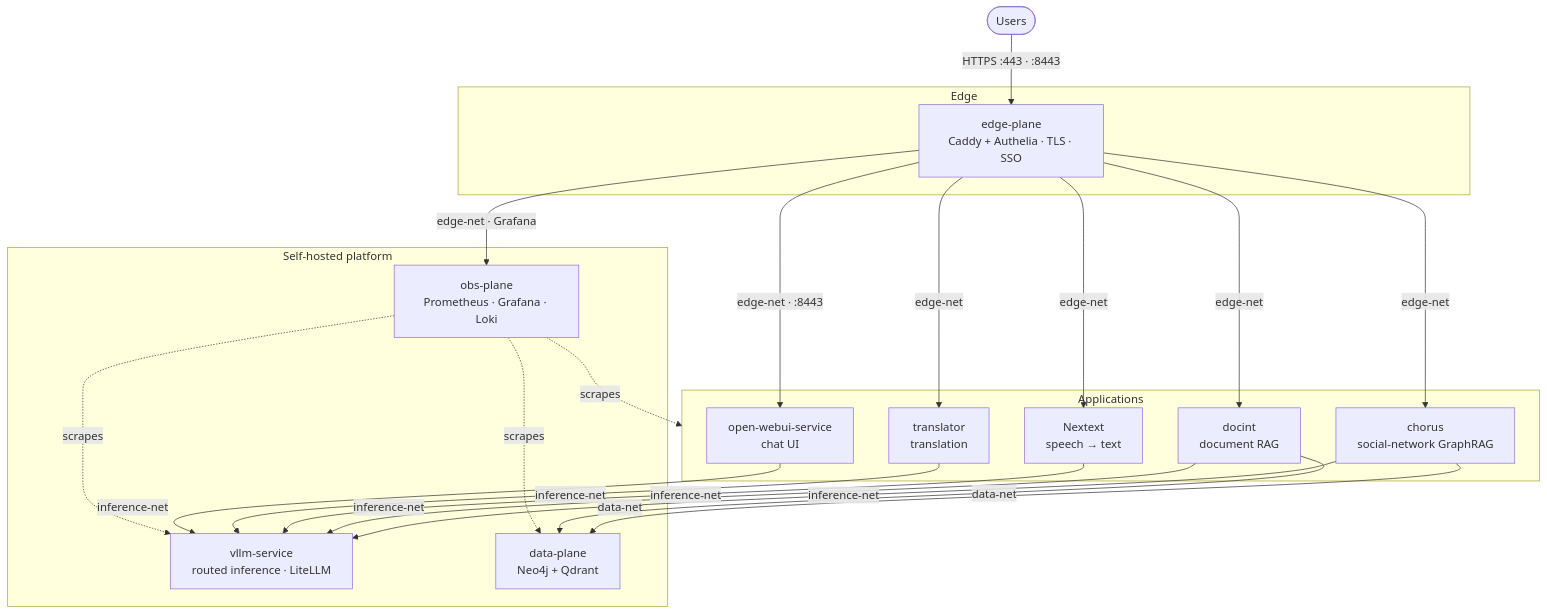
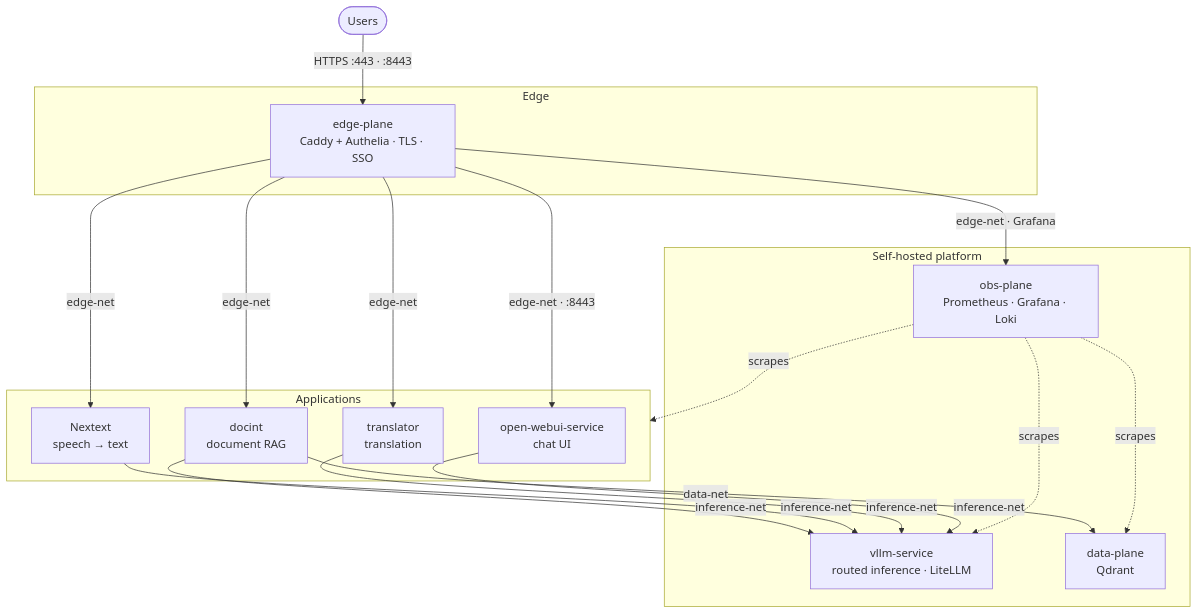
One commit to nos-tromo/.github changed the diagram in profile/README.md. Above: the diagram before and after it, drawn with Mermaid. The commit also changed other lines of this file and 15 other files, not shown here.

First line of the commit message:
docs(profile): drop chorus and Neo4j from the profile page and its claims (#89)

````diff
--- a/profile/README.md
+++ b/profile/README.md
@@ -9,44 +9,40 @@
 ```mermaid
 flowchart TB
   users(["Users"])
 
   subgraph Edge["Edge"]
     edge["edge-plane<br/>Caddy + Authelia · TLS · SSO"]
   end
 
   subgraph Apps["Applications"]
-    chorus["chorus<br/>social-network GraphRAG"]
     docint["docint<br/>document RAG"]
     nextext["Nextext<br/>speech → text"]
     translator["translator<br/>translation"]
     webui["open-webui-service<br/>chat UI"]
   end
 
   subgraph Platform["Self-hosted platform"]
     vllm["vllm-service<br/>routed inference · LiteLLM"]
-    data["data-plane<br/>Neo4j + Qdrant"]
+    data["data-plane<br/>Qdrant"]
     obs["obs-plane<br/>Prometheus · Grafana · Loki"]
   end
 
   users -->|HTTPS :443 · :8443| edge
 
-  edge -->|edge-net| chorus
   edge -->|edge-net| docint
   edge -->|edge-net| nextext
   edge -->|edge-net| translator
   edge -->|edge-net · :8443| webui
   edge -->|edge-net · Grafana| obs
 
-  chorus -->|inference-net| vllm
   docint -->|inference-net| vllm
   nextext -->|inference-net| vllm
   translator -->|inference-net| vllm
   webui -->|inference-net| vllm
 
-  chorus -->|data-net| data
   docint -->|data-net| data
 
   obs -.->|scrapes| vllm
   obs -.->|scrapes| data
   obs -.->|scrapes| Apps
 ```
````
